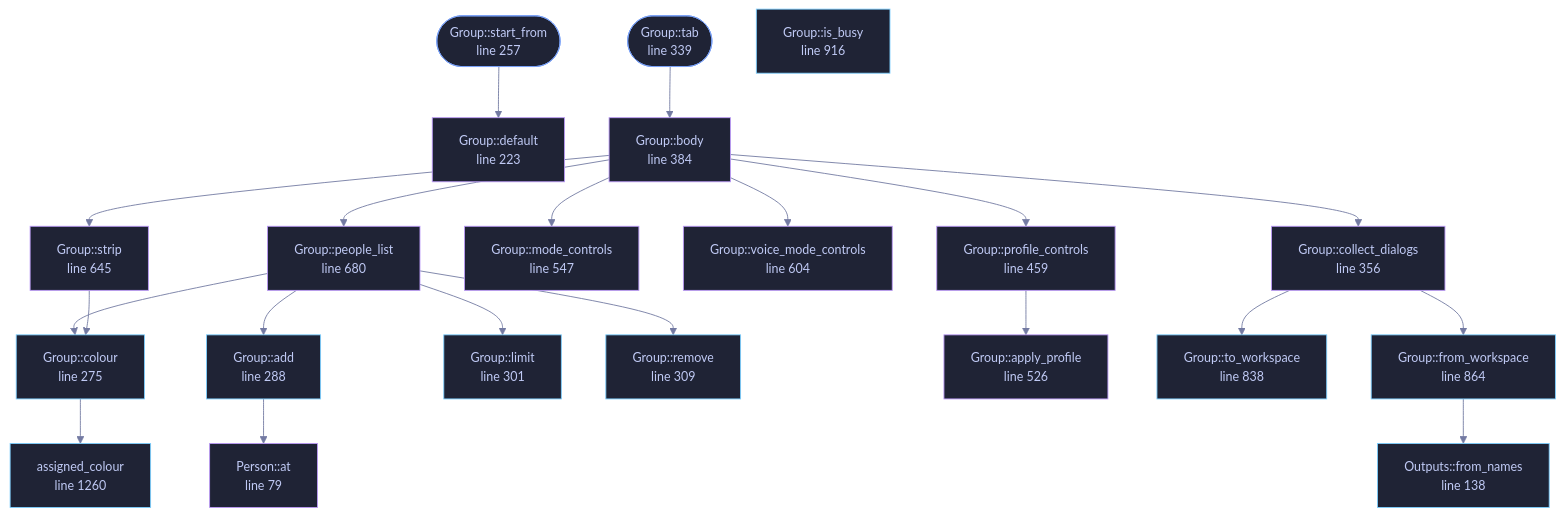
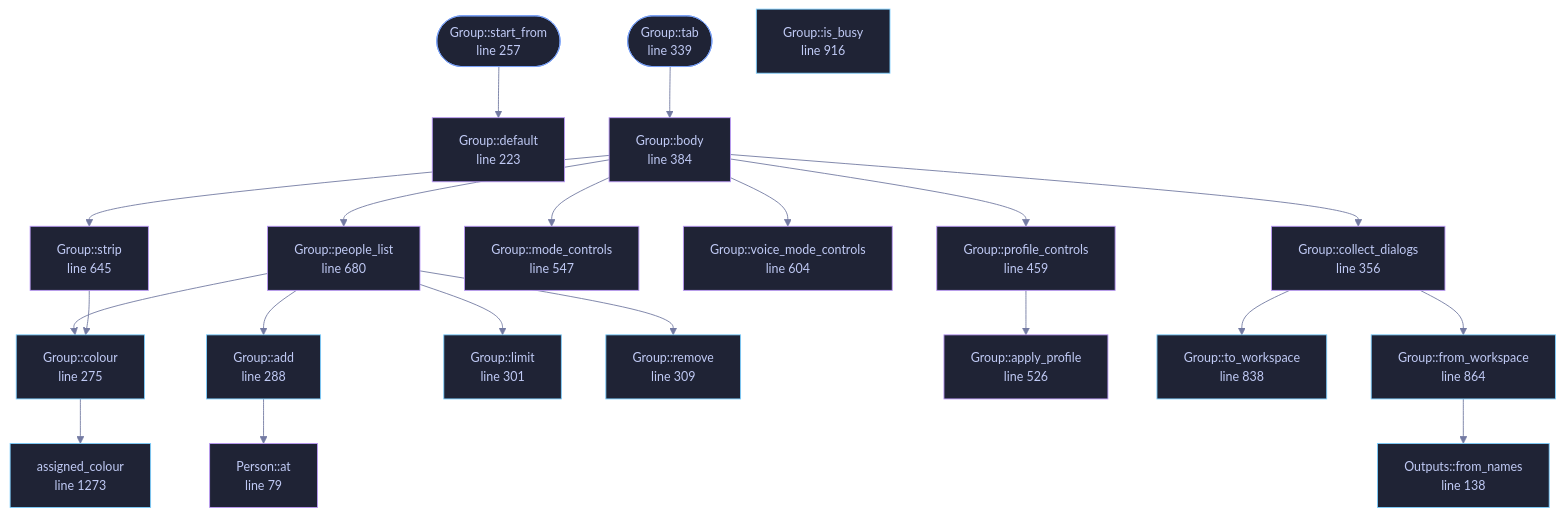
The diagram in wiki/File-veilvoice-gui-group.md (tilas01/veilvoice), drawn with Mermaid before and after one commit. The commit also changed other lines of this file and 64 other files, not shown here.

````diff
--- a/wiki/File-veilvoice-gui-group.md
+++ b/wiki/File-veilvoice-gui-group.md
@@ -109,73 +109,73 @@
 ```mermaid
 %%{init: {"theme":"base","themeVariables":{"background":"#1a1b26","primaryColor":"#1f2335","primaryTextColor":"#c0caf5","primaryBorderColor":"#7aa2f7","secondaryColor":"#16161e","tertiaryColor":"#16161e","lineColor":"#737aa2","textColor":"#c0caf5","mainBkg":"#1f2335","nodeBorder":"#7aa2f7","clusterBkg":"#16161e","clusterBorder":"#2f3549","fontFamily":"ui-monospace, SFMono-Regular, Consolas, monospace","fontSize":"14px"}}}%%
 flowchart TD
     n_at["Person::at<br/>line 79"]
     n_default["Outputs::default<br/>line 103"]
     n_from_names["Outputs::from_names<br/>line 138"]
     n_default["Group::default<br/>line 223"]
     n_start_from(["Group::start_from<br/>line 257"])
     n_colour["Group::colour<br/>line 275"]
     n_add["Group::add<br/>line 288"]
     n_limit["Group::limit<br/>line 301"]
     n_remove["Group::remove<br/>line 309"]
     n_tab(["Group::tab<br/>line 339"])
     n_collect_dialogs["Group::collect_dialogs<br/>line 356"]
     n_body["Group::body<br/>line 384"]
     n_profile_controls["Group::profile_controls<br/>line 459"]
     n_apply_profile["Group::apply_profile<br/>line 526"]
     n_mode_controls["Group::mode_controls<br/>line 547"]
     n_voice_mode_controls["Group::voice_mode_controls<br/>line 604"]
     n_strip["Group::strip<br/>line 645"]
     n_people_list["Group::people_list<br/>line 680"]
     n_to_workspace["Group::to_workspace<br/>line 838"]
     n_from_workspace["Group::from_workspace<br/>line 864"]
     n_is_busy["Group::is_busy<br/>line 916"]
-    n_assigned_colour["assigned_colour<br/>line 1260"]
+    n_assigned_colour["assigned_colour<br/>line 1273"]
     n_add --> n_at
     n_body --> n_collect_dialogs
     n_body --> n_mode_controls
     n_body --> n_people_list
     n_body --> n_profile_controls
     n_body --> n_strip
     n_body --> n_voice_mode_controls
     n_collect_dialogs --> n_from_workspace
     n_collect_dialogs --> n_to_workspace
     n_colour --> n_assigned_colour
     n_from_workspace --> n_from_names
     n_people_list --> n_add
     n_people_list --> n_colour
     n_people_list --> n_limit
     n_people_list --> n_remove
     n_profile_controls --> n_apply_profile
     n_start_from --> n_default
     n_strip --> n_colour
     n_tab --> n_body
     click n_at href "https://github.com/tilas01/veilvoice/blob/main/crates/veilvoice-gui/src/group.rs#L79" "open the source"
     click n_default href "https://github.com/tilas01/veilvoice/blob/main/crates/veilvoice-gui/src/group.rs#L103" "open the source"
     click n_from_names href "https://github.com/tilas01/veilvoice/blob/main/crates/veilvoice-gui/src/group.rs#L138" "open the source"
     click n_default href "https://github.com/tilas01/veilvoice/blob/main/crates/veilvoice-gui/src/group.rs#L223" "open the source"
     click n_start_from href "https://github.com/tilas01/veilvoice/blob/main/crates/veilvoice-gui/src/group.rs#L257" "open the source"
     click n_colour href "https://github.com/tilas01/veilvoice/blob/main/crates/veilvoice-gui/src/group.rs#L275" "open the source"
     click n_add href "https://github.com/tilas01/veilvoice/blob/main/crates/veilvoice-gui/src/group.rs#L288" "open the source"
     click n_limit href "https://github.com/tilas01/veilvoice/blob/main/crates/veilvoice-gui/src/group.rs#L301" "open the source"
     click n_remove href "https://github.com/tilas01/veilvoice/blob/main/crates/veilvoice-gui/src/group.rs#L309" "open the source"
     click n_tab href "https://github.com/tilas01/veilvoice/blob/main/crates/veilvoice-gui/src/group.rs#L339" "open the source"
     click n_collect_dialogs href "https://github.com/tilas01/veilvoice/blob/main/crates/veilvoice-gui/src/group.rs#L356" "open the source"
     click n_body href "https://github.com/tilas01/veilvoice/blob/main/crates/veilvoice-gui/src/group.rs#L384" "open the source"
     click n_profile_controls href "https://github.com/tilas01/veilvoice/blob/main/crates/veilvoice-gui/src/group.rs#L459" "open the source"
     click n_apply_profile href "https://github.com/tilas01/veilvoice/blob/main/crates/veilvoice-gui/src/group.rs#L526" "open the source"
     click n_mode_controls href "https://github.com/tilas01/veilvoice/blob/main/crates/veilvoice-gui/src/group.rs#L547" "open the source"
     click n_voice_mode_controls href "https://github.com/tilas01/veilvoice/blob/main/crates/veilvoice-gui/src/group.rs#L604" "open the source"
     click n_strip href "https://github.com/tilas01/veilvoice/blob/main/crates/veilvoice-gui/src/group.rs#L645" "open the source"
     click n_people_list href "https://github.com/tilas01/veilvoice/blob/main/crates/veilvoice-gui/src/group.rs#L680" "open the source"
     click n_to_workspace href "https://github.com/tilas01/veilvoice/blob/main/crates/veilvoice-gui/src/group.rs#L838" "open the source"
     click n_from_workspace href "https://github.com/tilas01/veilvoice/blob/main/crates/veilvoice-gui/src/group.rs#L864" "open the source"
     click n_is_busy href "https://github.com/tilas01/veilvoice/blob/main/crates/veilvoice-gui/src/group.rs#L916" "open the source"
-    click n_assigned_colour href "https://github.com/tilas01/veilvoice/blob/main/crates/veilvoice-gui/src/group.rs#L1260" "open the source"
+    click n_assigned_colour href "https://github.com/tilas01/veilvoice/blob/main/crates/veilvoice-gui/src/group.rs#L1273" "open the source"
     classDef entry fill:#1f2335,stroke:#7aa2f7,color:#c0caf5
     class n_start_from,n_tab entry
     classDef api fill:#1f2335,stroke:#7dcfff,color:#c0caf5
     class n_from_names,n_colour,n_add,n_limit,n_remove,n_to_workspace,n_from_workspace,n_is_busy,n_assigned_colour api
     classDef helper fill:#1f2335,stroke:#bb9af7,color:#c0caf5
     class n_at,n_default,n_default,n_collect_dialogs,n_body,n_profile_controls,n_apply_profile,n_mode_controls,n_voice_mode_controls,n_strip,n_people_list helper
 ```
````
